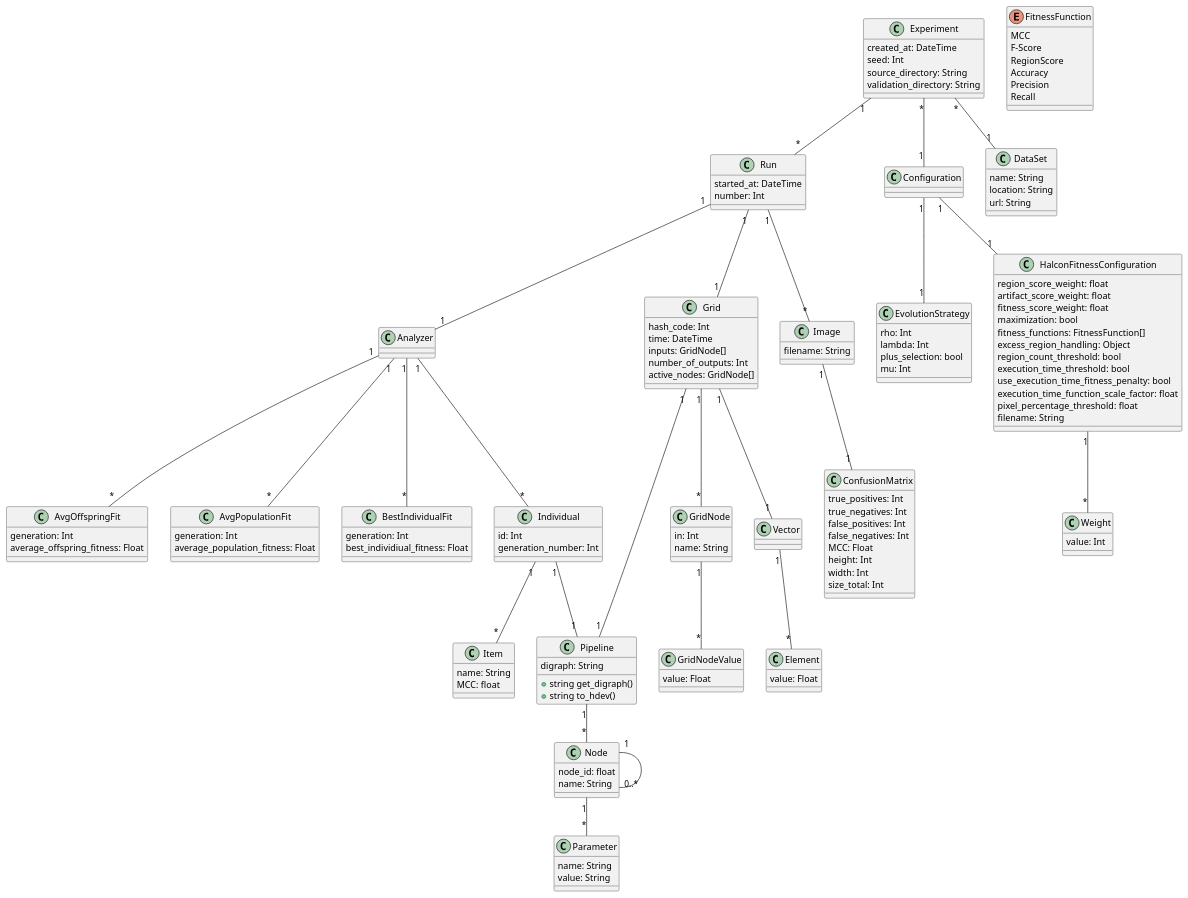
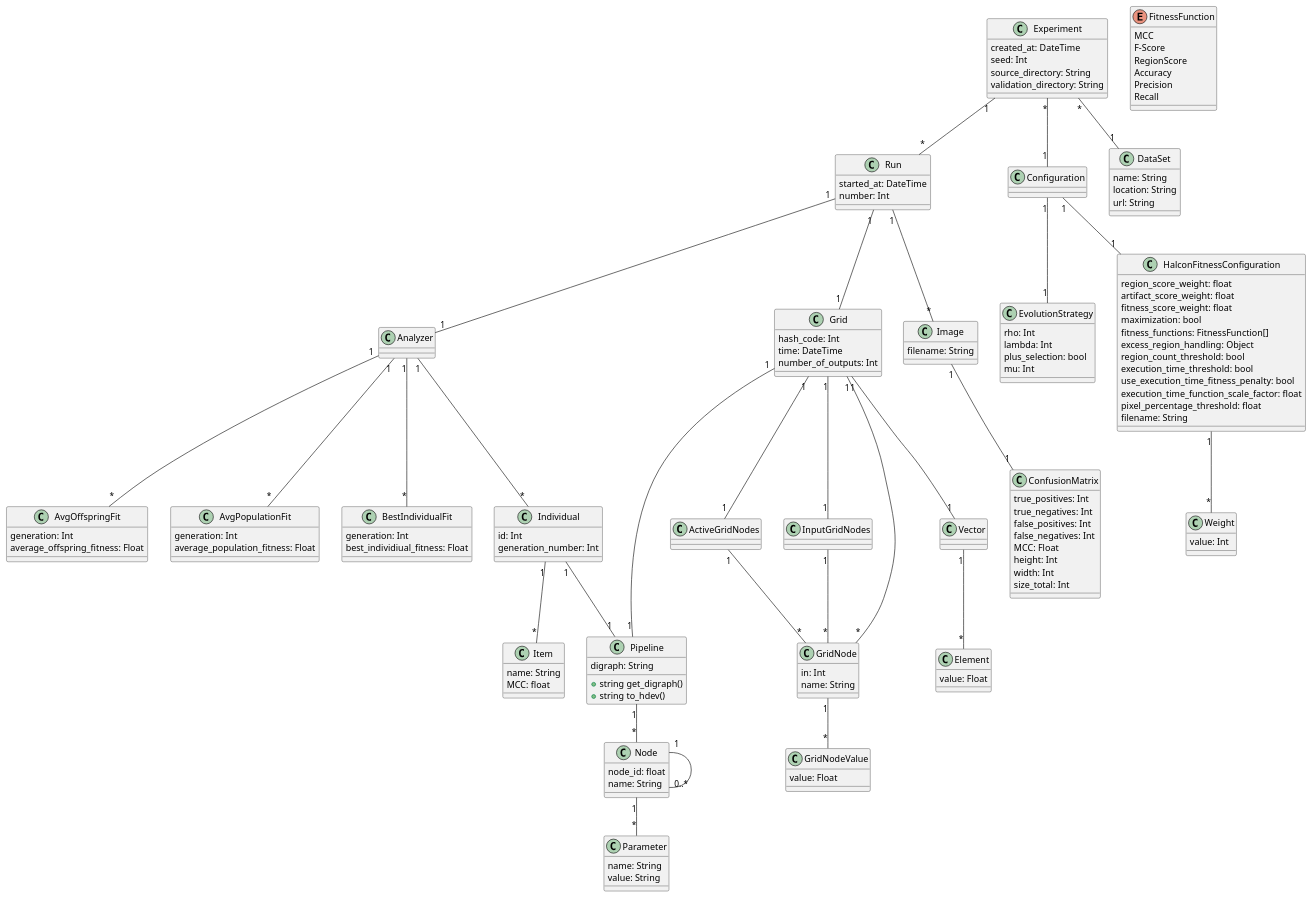
The diagram in diagrams/DataModel.md (anmarchio/experiments), drawn with PlantUML before and after one commit.

```diff
--- a/diagrams/DataModel.md
+++ b/diagrams/DataModel.md
@@ -88,10 +88,11 @@
 class Grid {
   hash_code: Int
   time: DateTime
-  inputs: GridNode[]
   number_of_outputs: Int
-  active_nodes: GridNode[]
 }
+
+class ActiveGridNodes
+class InputGridNodes
 
 class GridNode {
   in: Int
@@ -157,6 +158,10 @@
 Individual "1" -- "1" Pipeline
 
 Run "1" -- "1" Grid
+Grid "1" -- "1"  ActiveGridNodes
+Grid "1" -- "1"  InputGridNodes
+ActiveGridNodes "1" -- "*" GridNode
+InputGridNodes "1" -- "*" GridNode
 Grid "1" -- "*" GridNode
 GridNode "1" -- "*" GridNodeValue
 Grid "1" -- "1" Pipeline
```
